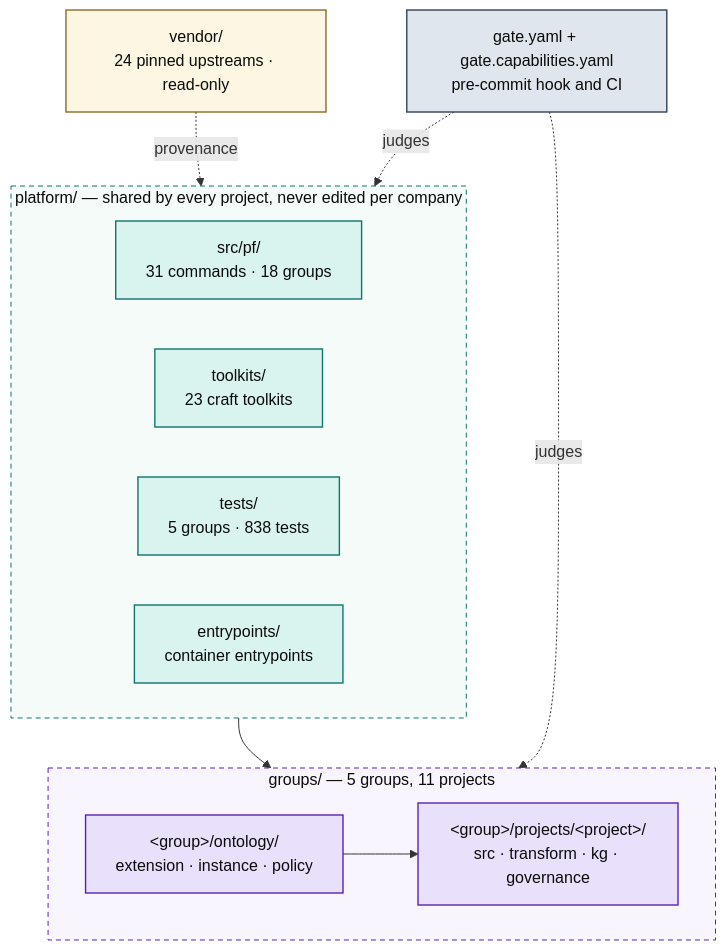
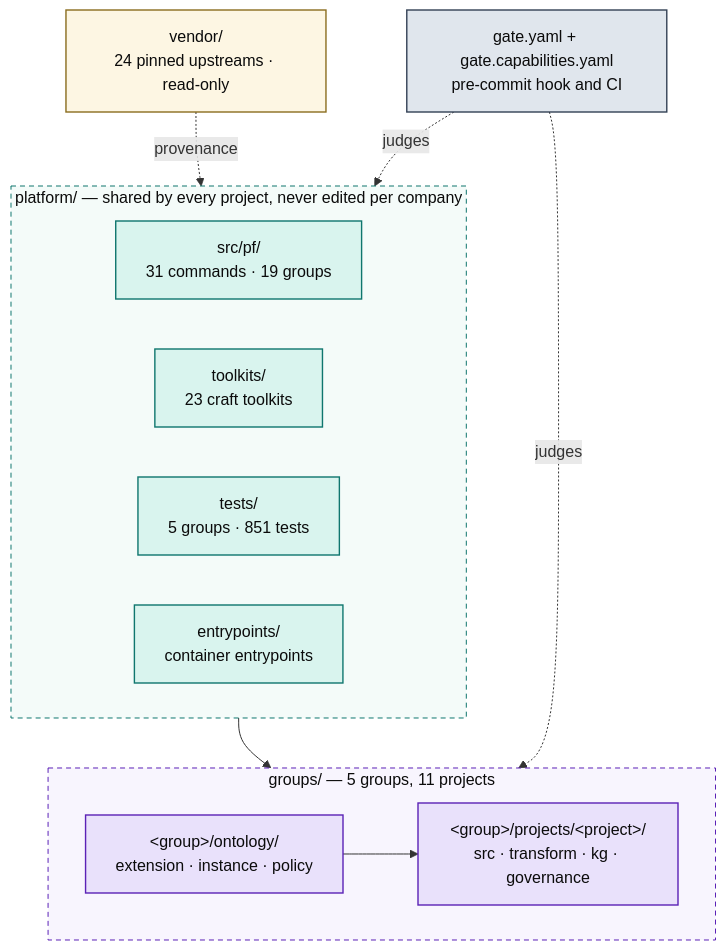
One commit to Atomz-org/data-platform changed the first of 5 diagrams in docs/ARCHITECTURE.md. Above: the diagram before and after it, drawn with Mermaid. The commit also changed other lines of this file and 2 other files, not shown here.

Commit message:
Say where memory lives, and regenerate the repo map that now lists it
README's "what you write" table gains `.memory/notes/`; the runbook's
"where everything lives" table gains the session-memory tier and section
1 says how it relates to the budgeted always-on files and why it is in
the repo rather than `~/.claude`. `docs/ARCHITECTURE.md` is `pf arch
build` over the tree as it now is: two more hand-written workflows,
classified correctly by the merge-path fix cherry-picked from #478, and
the new command count.

````diff
--- a/docs/ARCHITECTURE.md
+++ b/docs/ARCHITECTURE.md
@@ -15,36 +15,36 @@
 ```mermaid
 flowchart TB
   subgraph SHARED["platform/ — shared by every project, never edited per company"]
     direction LR
-    ENG["src/pf/<br/>31 commands · 18 groups"]
+    ENG["src/pf/<br/>31 commands · 19 groups"]
     TK["toolkits/<br/>23 craft toolkits"]
-    TST["tests/<br/>5 groups · 838 tests"]
+    TST["tests/<br/>5 groups · 851 tests"]
     ENT["entrypoints/<br/>container entrypoints"]
   end
 
   subgraph ENTITIES["groups/ — 5 groups, 11 projects"]
     direction LR
     GRP["&lt;group&gt;/ontology/<br/>extension · instance · policy"]
     PRJ["&lt;group&gt;/projects/&lt;project&gt;/<br/>src · transform · kg · governance"]
     GRP --> PRJ
   end
 
   VEN["vendor/<br/>24 pinned upstreams · read-only"]
   GATE["gate.yaml + gate.capabilities.yaml<br/>pre-commit hook and CI"]
 
   SHARED --> ENTITIES
   VEN -.provenance.-> SHARED
   GATE -.judges.-> ENTITIES
   GATE -.judges.-> SHARED
 
   classDef code fill:#d9f4ee,stroke:#0f766e,stroke-width:1.4px,color:#0b0b0b
   classDef data fill:#e9e1fb,stroke:#5b21b6,stroke-width:1.4px,color:#0b0b0b
   classDef gov fill:#e0e6ed,stroke:#334155,stroke-width:1.4px,color:#0b0b0b
   classDef ext fill:#fdf6e3,stroke:#8a6d1f,stroke-width:1.4px,color:#0b0b0b
   class ENG,TK,TST,ENT code
   class GRP,PRJ data
   class GATE gov
   class VEN ext
   style SHARED fill:#f4fbf9,stroke:#0f766e,stroke-dasharray:5 4,color:#0b0b0b
   style ENTITIES fill:#f8f5fe,stroke:#5b21b6,stroke-dasharray:5 4,color:#0b0b0b
 ```
````
